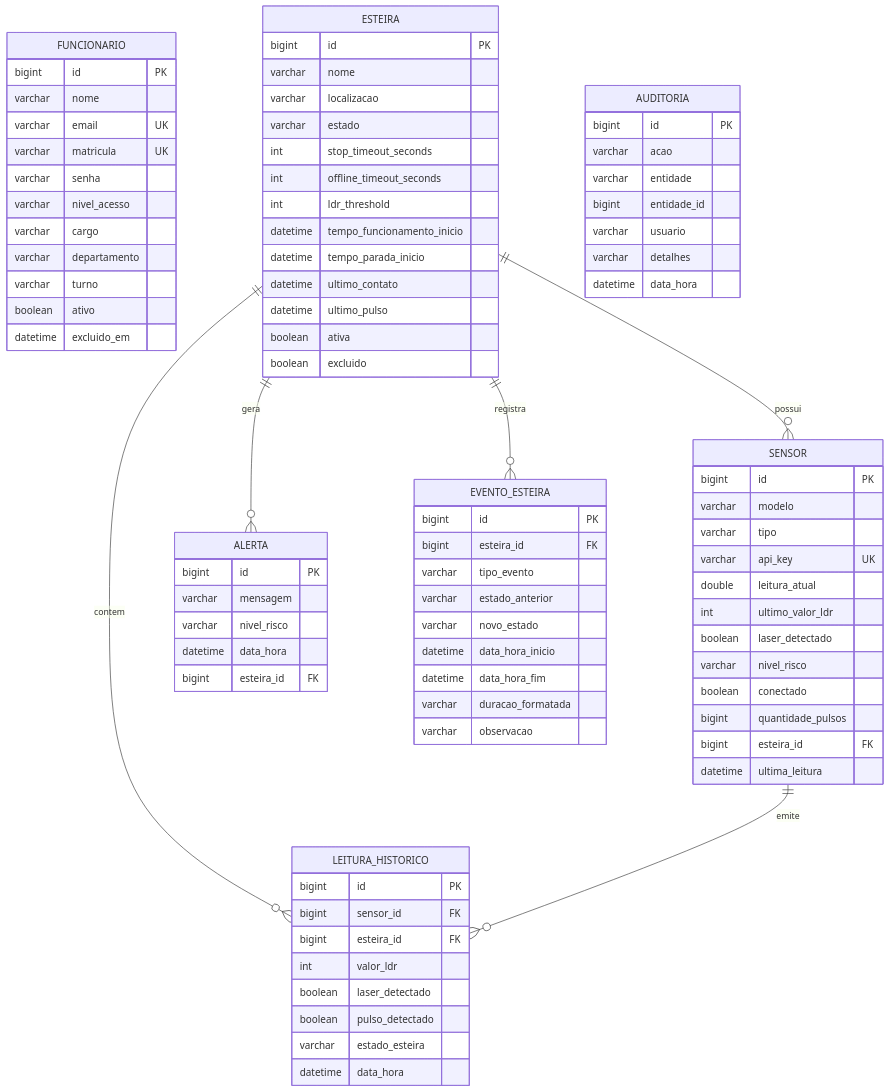
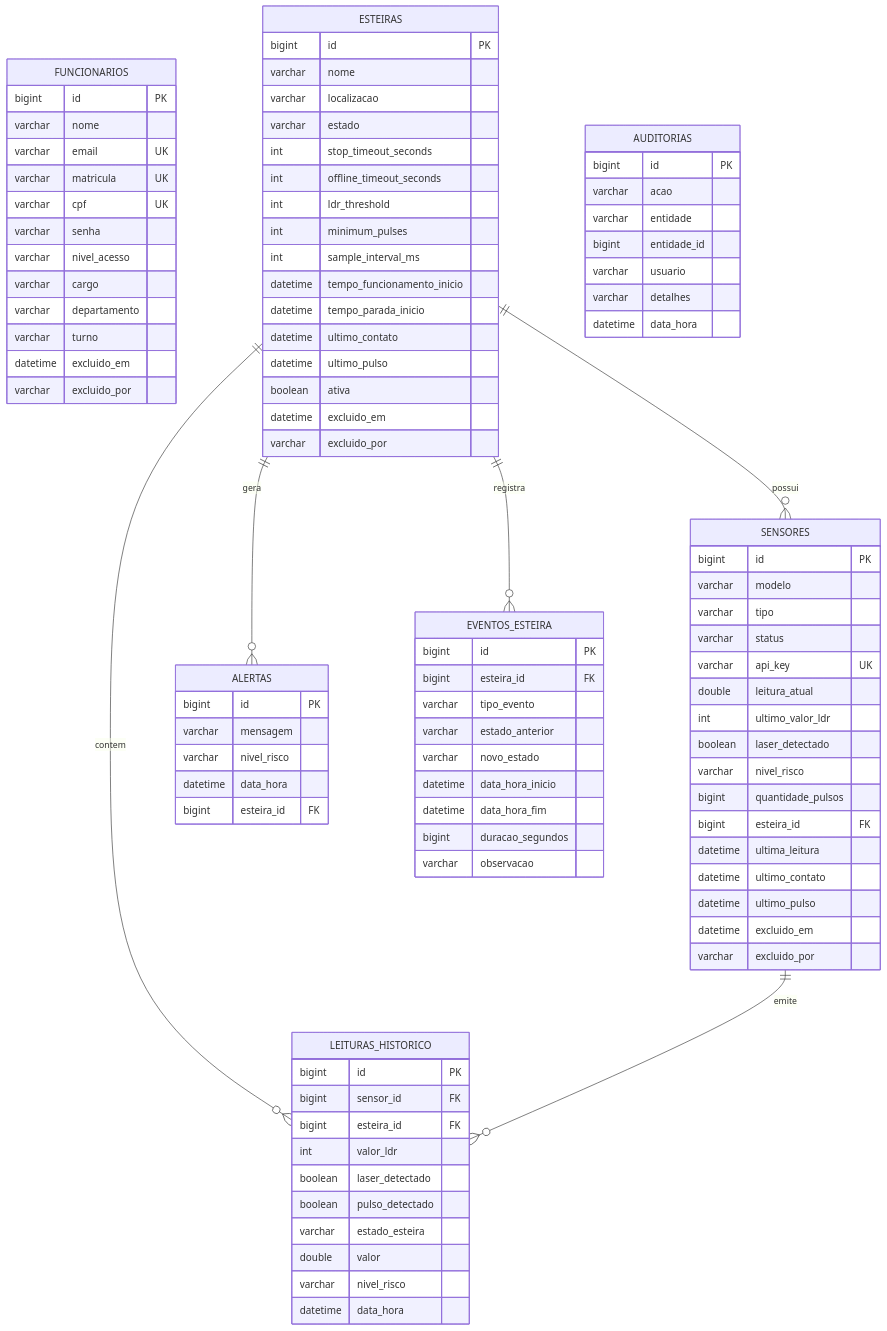
One commit to Dev-SdaeEsteira/Sistema-de-monitoramento-de-esteiras changed the second of 2 diagrams in README.md. Above: the diagram before and after it, drawn with Mermaid. The commit also changed other lines of this file and 6 other files, not shown here.

````diff
--- a/README.md
+++ b/README.md
@@ -160,20 +152,21 @@
 ```mermaid
 erDiagram
-    FUNCIONARIO {
+    FUNCIONARIOS {
         bigint id PK
         varchar nome
         varchar email UK
         varchar matricula UK
+        varchar cpf UK
         varchar senha
         varchar nivel_acesso
         varchar cargo
         varchar departamento
         varchar turno
-        boolean ativo
         datetime excluido_em
+        varchar excluido_por
     }
 
-    ESTEIRA {
+    ESTEIRAS {
         bigint id PK
         varchar nome
         varchar localizacao
@@ -181,30 +174,37 @@
         int stop_timeout_seconds
         int offline_timeout_seconds
         int ldr_threshold
+        int minimum_pulses
+        int sample_interval_ms
         datetime tempo_funcionamento_inicio
         datetime tempo_parada_inicio
         datetime ultimo_contato
         datetime ultimo_pulso
         boolean ativa
-        boolean excluido
+        datetime excluido_em
+        varchar excluido_por
     }
 
-    SENSOR {
+    SENSORES {
         bigint id PK
         varchar modelo
         varchar tipo
+        varchar status
         varchar api_key UK
         double leitura_atual
         int ultimo_valor_ldr
         boolean laser_detectado
         varchar nivel_risco
-        boolean conectado
         bigint quantidade_pulsos
         bigint esteira_id FK
         datetime ultima_leitura
+        datetime ultimo_contato
+        datetime ultimo_pulso
+        datetime excluido_em
+        varchar excluido_por
     }
 
-    LEITURA_HISTORICO {
+    LEITURAS_HISTORICO {
         bigint id PK
         bigint sensor_id FK
         bigint esteira_id FK
@@ -212,10 +212,12 @@
         boolean laser_detectado
         boolean pulso_detectado
         varchar estado_esteira
+        double valor
+        varchar nivel_risco
         datetime data_hora
     }
 
-    ALERTA {
+    ALERTAS {
         bigint id PK
         varchar mensagem
         varchar nivel_risco
@@ -223,7 +225,7 @@
         bigint esteira_id FK
     }
 
-    EVENTO_ESTEIRA {
+    EVENTOS_ESTEIRA {
         bigint id PK
         bigint esteira_id FK
         varchar tipo_evento
@@ -231,11 +233,11 @@
         varchar novo_estado
         datetime data_hora_inicio
         datetime data_hora_fim
-        varchar duracao_formatada
+        bigint duracao_segundos
         varchar observacao
     }
 
-    AUDITORIA {
+    AUDITORIAS {
         bigint id PK
         varchar acao
         varchar entidade
@@ -245,9 +247,9 @@
         datetime data_hora
     }
 
-    ESTEIRA ||--o{ SENSOR : "possui"
-    ESTEIRA ||--o{ EVENTO_ESTEIRA : "registra"
-    ESTEIRA ||--o{ ALERTA : "gera"
-    ESTEIRA ||--o{ LEITURA_HISTORICO : "contem"
-    SENSOR ||--o{ LEITURA_HISTORICO : "emite"
+    ESTEIRAS ||--o{ SENSORES : "possui"
+    ESTEIRAS ||--o{ EVENTOS_ESTEIRA : "registra"
+    ESTEIRAS ||--o{ ALERTAS : "gera"
+    ESTEIRAS ||--o{ LEITURAS_HISTORICO : "contem"
+    SENSORES ||--o{ LEITURAS_HISTORICO : "emite"
 ```
````
